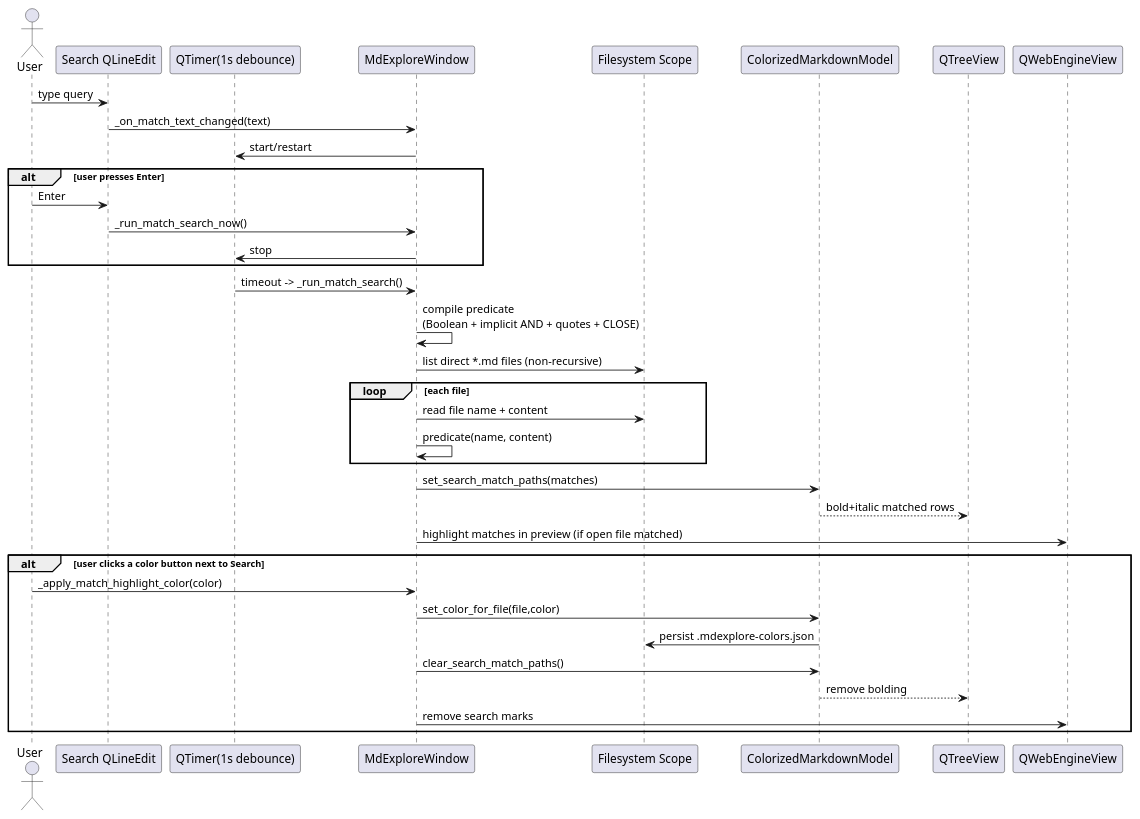
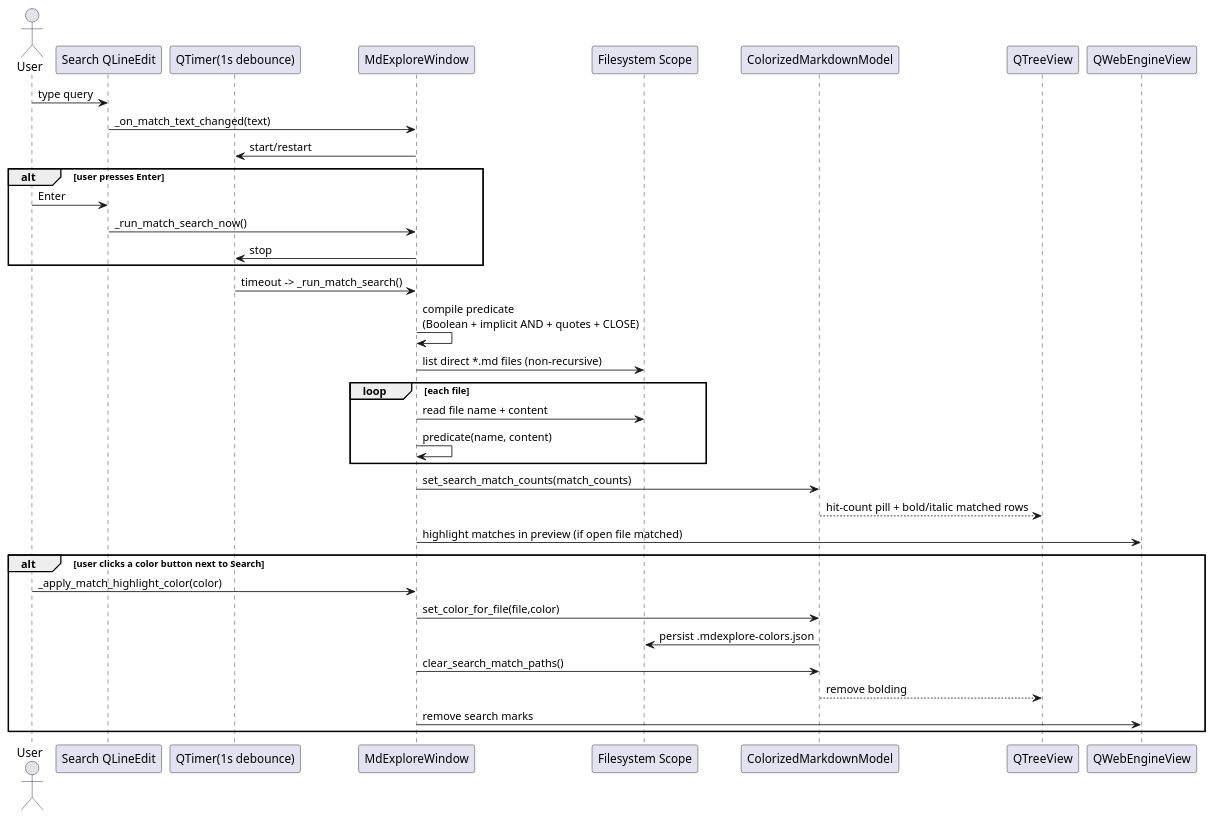
The sixth of 9 diagrams in UML.md (ngpepin/mdexplore), drawn with PlantUML before and after one commit. The commit also changed other lines of this file and 6 other files, not shown here.

````diff
--- a/UML.md
+++ b/UML.md
@@ -367,42 +430,42 @@
 ```plantuml
 @startuml
 actor User
 participant "Search QLineEdit" as Search
 participant "QTimer(1s debounce)" as Debounce
 participant "MdExploreWindow" as Win
 participant "Filesystem Scope" as Scope
 participant "ColorizedMarkdownModel" as Model
 participant "QTreeView" as Tree
 participant "QWebEngineView" as Web
 
 User -> Search : type query
 Search -> Win : _on_match_text_changed(text)
 Win -> Debounce : start/restart
 
 alt user presses Enter
   User -> Search : Enter
   Search -> Win : _run_match_search_now()
   Win -> Debounce : stop
 end
 
 Debounce -> Win : timeout -> _run_match_search()
 Win -> Win : compile predicate\n(Boolean + implicit AND + quotes + CLOSE)
 Win -> Scope : list direct *.md files (non-recursive)
 loop each file
   Win -> Scope : read file name + content
   Win -> Win : predicate(name, content)
 end
-Win -> Model : set_search_match_paths(matches)
-Model --> Tree : bold+italic matched rows
+Win -> Model : set_search_match_counts(match_counts)
+Model --> Tree : hit-count pill + bold/italic matched rows
 Win -> Web : highlight matches in preview (if open file matched)
 
 alt user clicks a color button next to Search
   User -> Win : _apply_match_highlight_color(color)
   Win -> Model : set_color_for_file(file,color)
   Model -> Scope : persist .mdexplore-colors.json
   Win -> Model : clear_search_match_paths()
   Model --> Tree : remove bolding
   Win -> Web : remove search marks
 end
 @enduml
 ```
````
